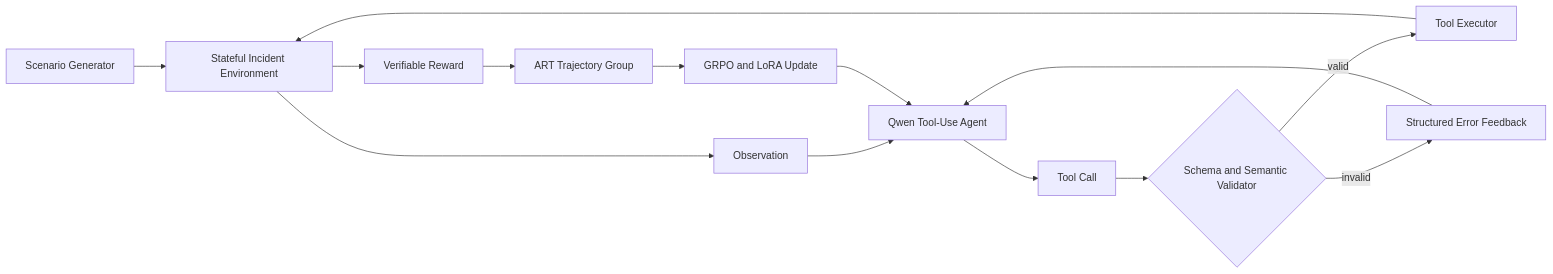
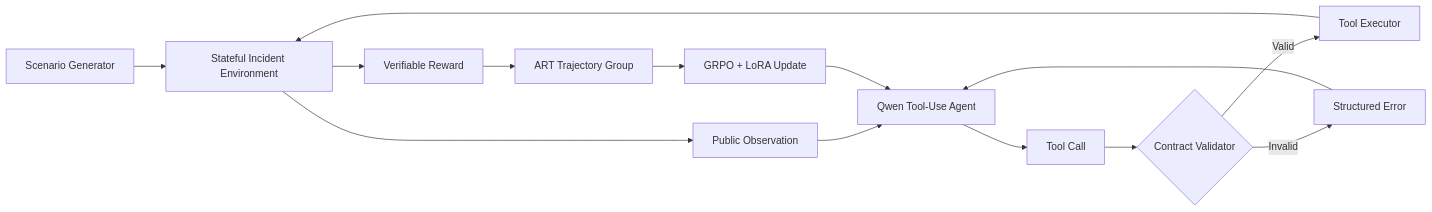
One commit to Sh1Rana1/AgentTool-RL changed the diagram in README.md. Above: the diagram before and after it, drawn with Mermaid. The commit also changed other lines of this file, not shown here.

````diff
--- a/README.md
+++ b/README.md
@@ -23,16 +40,16 @@
 ```mermaid
 flowchart LR
-    T[Scenario Generator] --> E[Stateful Incident Environment]
-    E --> O[Observation]
+    S[Scenario Generator] --> E[Stateful Incident Environment]
+    E --> O[Public Observation]
     O --> A[Qwen Tool-Use Agent]
     A --> C[Tool Call]
-    C --> V{Schema and Semantic Validator}
-    V -->|valid| X[Tool Executor]
-    V -->|invalid| F[Structured Error Feedback]
-    X --> E
+    C --> V{Contract Validator}
+    V -->|Valid| T[Tool Executor]
+    V -->|Invalid| F[Structured Error]
+    T --> E
     F --> A
     E --> R[Verifiable Reward]
-    R --> TR[ART Trajectory Group]
-    TR --> G[GRPO and LoRA Update]
-    G --> A
+    R --> G[ART Trajectory Group]
+    G --> P[GRPO + LoRA Update]
+    P --> A
 ```
````
